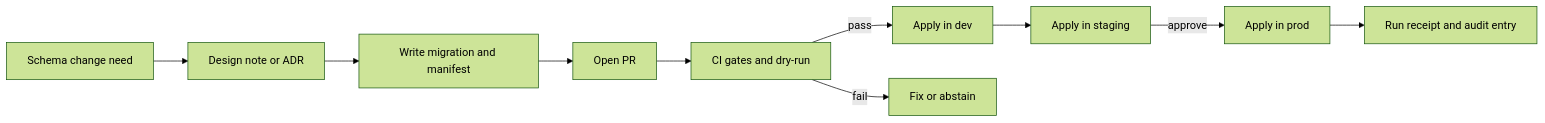
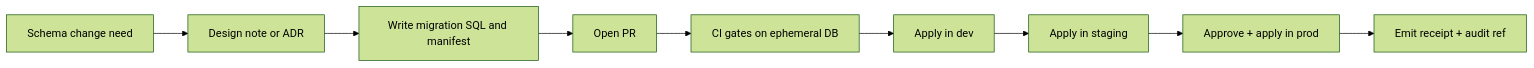
Before and after one commit to bartytime4life/Kansas-Frontier-Matrix: the diagram in migrations/README.md, drawn with Mermaid (forest theme). The commit also changed other lines of this file, not shown here.

````diff
--- a/migrations/README.md
+++ b/migrations/README.md
@@ -91,12 +156,11 @@
 ```mermaid
 flowchart LR
   A[Schema change need] --> B[Design note or ADR]
-  B --> C[Write migration and manifest]
+  B --> C[Write migration SQL and manifest]
   C --> D[Open PR]
-  D --> E[CI gates and dry-run]
-  E -->|pass| F[Apply in dev]
+  D --> E[CI gates on ephemeral DB]
+  E --> F[Apply in dev]
   F --> G[Apply in staging]
-  G -->|approve| H[Apply in prod]
-  E -->|fail| X[Fix or abstain]
-  H --> I[Run receipt and audit entry]
+  G --> H[Approve + apply in prod]
+  H --> I[Emit receipt + audit ref]
 ```
````
